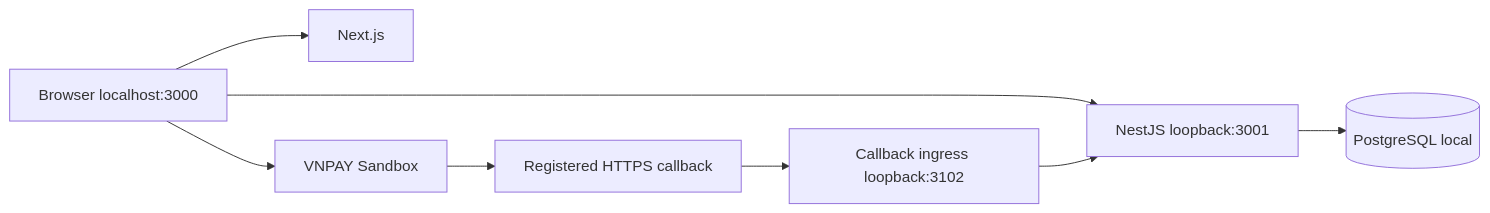
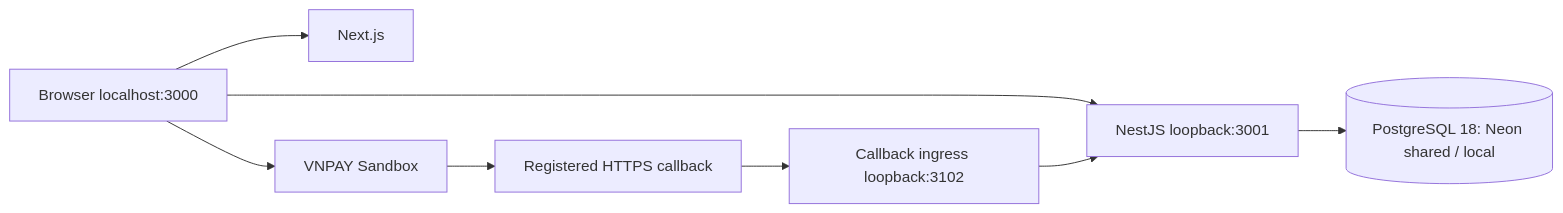
The diagram in Docs/ARCHITECTURE.md (TanSang1007/SWE_Project), drawn with Mermaid before and after one commit. The commit also changed other lines of this file and 76 other files, not shown here.

Commit message:
feat: integrate shared Neon, checkout expiry and persistent sessions

````diff
--- a/Docs/ARCHITECTURE.md
+++ b/Docs/ARCHITECTURE.md
@@ -7,10 +9,10 @@
 ```mermaid
 flowchart LR
     Browser[Browser localhost:3000] --> FE[Next.js]
     Browser --> BE[NestJS loopback:3001]
-    BE --> DB[(PostgreSQL local)]
+    BE --> DB[(PostgreSQL 18: Neon shared / local)]
     Browser --> VNPAY[VNPAY Sandbox]
     VNPAY --> HTTPS[Registered HTTPS callback]
     HTTPS --> Ingress[Callback ingress loopback:3102]
     Ingress --> BE
 ```
````
